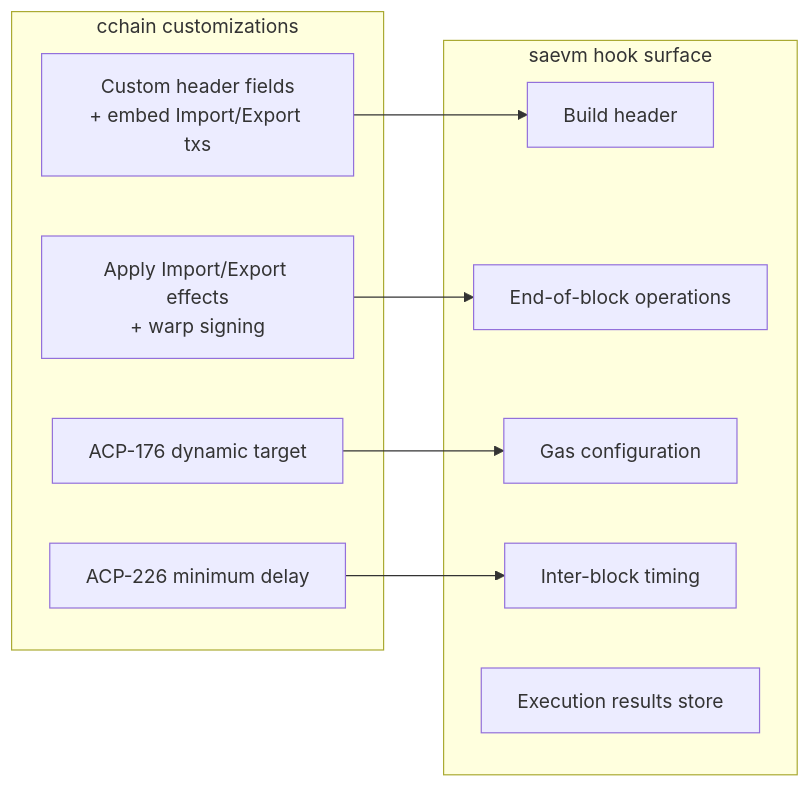
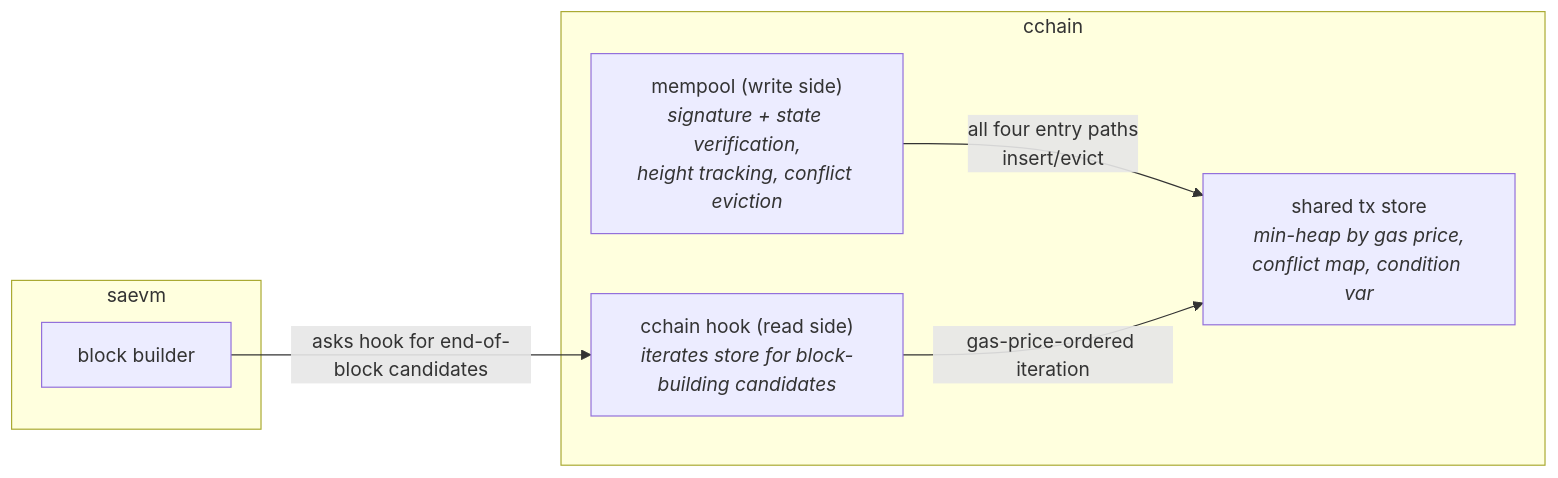
The fourth of 5 diagrams in vms/saevm/cchain/README.md (ava-labs/avalanchego), drawn with Mermaid before and after one commit. The commit also changed other lines of this file, not shown here.

````diff
--- a/vms/saevm/cchain/README.md
+++ b/vms/saevm/cchain/README.md
@@ -61,22 +134,15 @@
 ```mermaid
 flowchart LR
-    subgraph saevm_hooks ["saevm hook surface"]
-        bb["Build header"]
-        eob["End-of-block operations"]
-        gas["Gas configuration"]
-        delay["Inter-block timing"]
-        store["Execution results store"]
+    subgraph cchain_pkg["cchain"]
+        write["mempool (write side)<br/><i>signature + state verification,<br/>height tracking, conflict eviction</i>"]
+        store["shared tx store<br/><i>min-heap by gas price,<br/>conflict map, condition var</i>"]
+        hookimpl["cchain hook (read side)<br/><i>iterates store for block-building candidates</i>"]
+    end
+    subgraph saevm_pkg["saevm"]
+        bb["block builder"]
     end
 
-    subgraph cchain_impl ["cchain customizations"]
-        ccbb["Custom header fields<br/>+ embed Import/Export txs"]
-        cceob["Apply Import/Export effects<br/>+ warp signing"]
-        ccgas["ACP-176 dynamic target"]
-        ccdelay["ACP-226 minimum delay"]
-    end
-
-    ccbb --> bb
-    cceob --> eob
-    ccgas --> gas
-    ccdelay --> delay
+    write -->|all four entry paths<br/>insert/evict| store
+    hookimpl -->|gas-price-ordered iteration| store
+    bb -->|asks hook for end-of-block candidates| hookimpl
 ```
````
